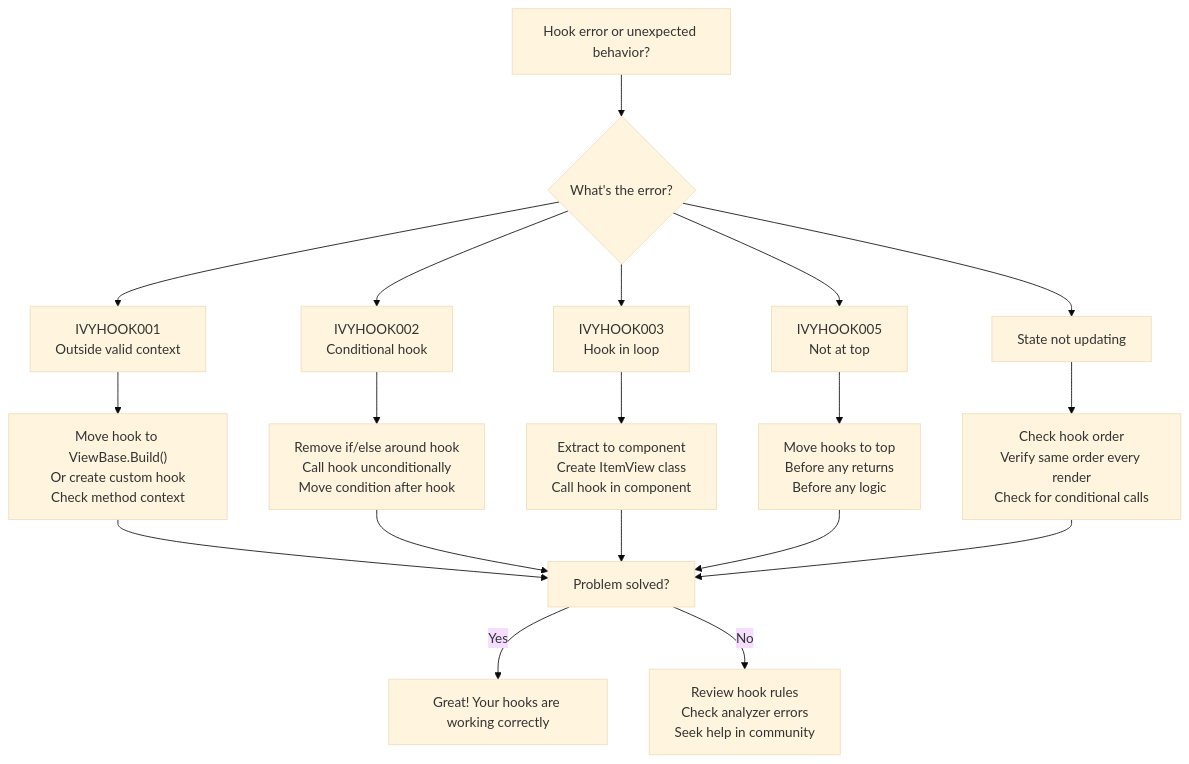
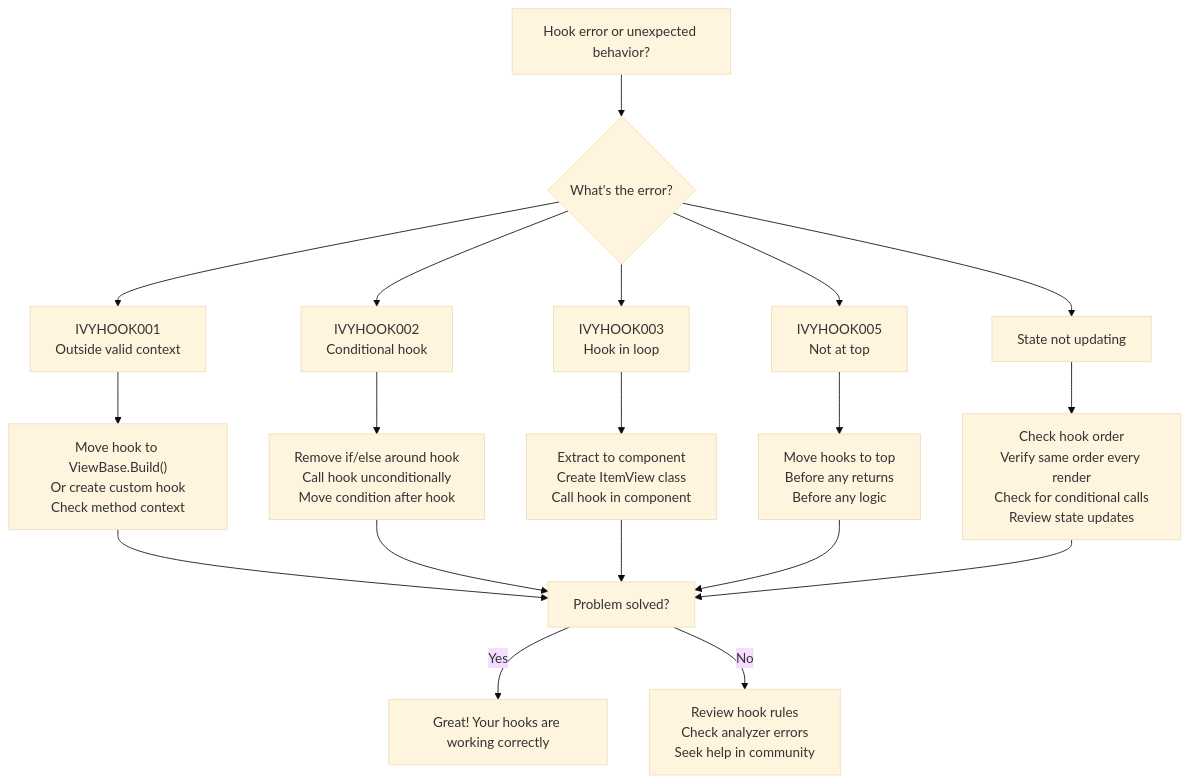
The fifth of 6 diagrams in Ivy.Docs.Shared/Docs/04_Hooks/02_RulesOfHooks.md (Ivy-Interactive/Ivy-Framework), drawn with Mermaid (base theme) before and after one commit. The commit also changed other lines of this file and 3 other files, not shown here.

````diff
--- a/Ivy.Docs.Shared/Docs/04_Hooks/02_RulesOfHooks.md
+++ b/Ivy.Docs.Shared/Docs/04_Hooks/02_RulesOfHooks.md
@@ -410,25 +410,25 @@
 ```mermaid
 flowchart TD
     A["Hook error or unexpected behavior?"] --> B{What's the error?}
     
     B --> C["IVYHOOK001<br/>Outside valid context"]
     B --> D["IVYHOOK002<br/>Conditional hook"]
     B --> E["IVYHOOK003<br/>Hook in loop"]
     B --> F["IVYHOOK005<br/>Not at top"]
     B --> G["State not updating"]
     
     C --> C1["Move hook to ViewBase.Build()<br/>Or create custom hook<br/>Check method context"]
     D --> D1["Remove if/else around hook<br/>Call hook unconditionally<br/>Move condition after hook"]
     E --> E1["Extract to component<br/>Create ItemView class<br/>Call hook in component"]
     F --> F1["Move hooks to top<br/>Before any returns<br/>Before any logic"]
-    G --> G1["Check hook order<br/>Verify same order every render<br/>Check for conditional calls"]
+    G --> G1["Check hook order<br/>Verify same order every render<br/>Check for conditional calls<br/>Review state updates"]
     
     C1 --> H["Problem solved?"]
     D1 --> H
     E1 --> H
     F1 --> H
     G1 --> H
     
     H -->|Yes| I["Great! Your hooks are working correctly"]
     H -->|No| J["Review hook rules<br/>Check analyzer errors<br/>Seek help in community"]
 ```
````
